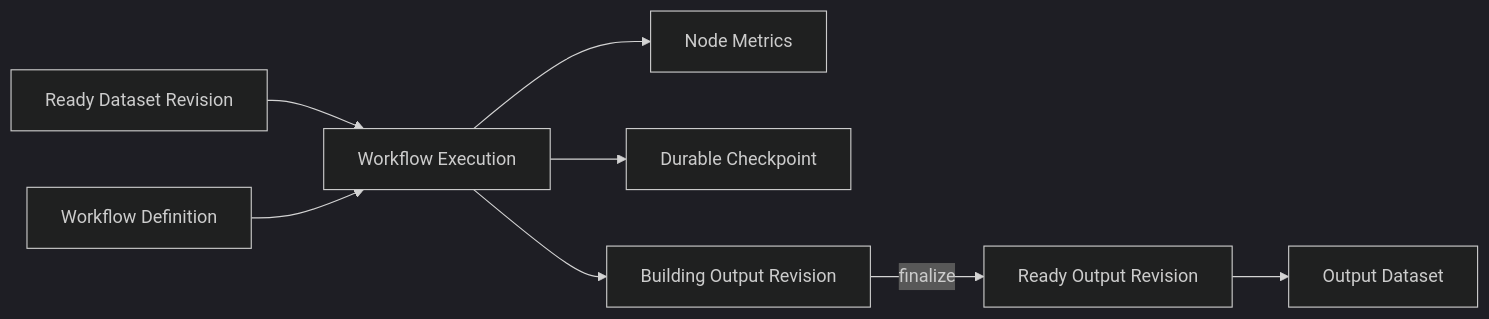
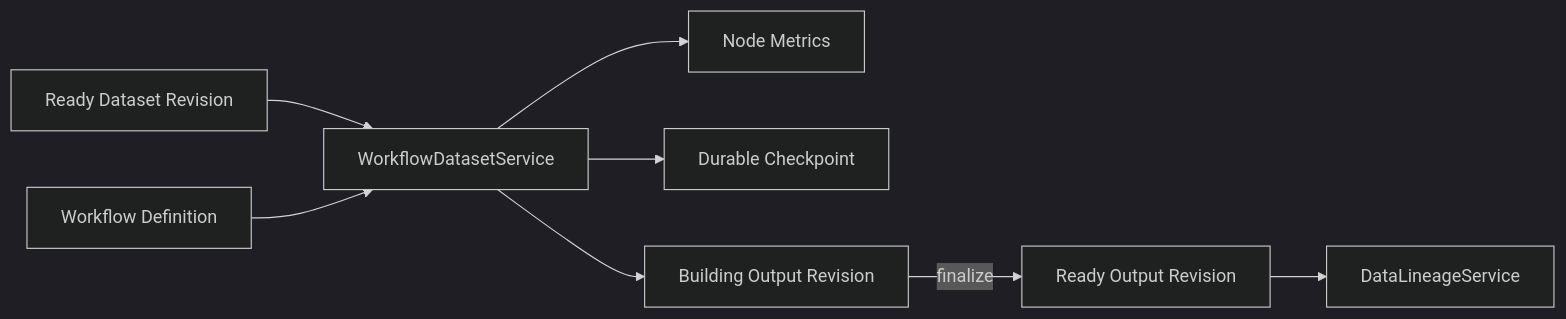
One commit to Arenyxa/Arenyxa changed the second of 2 diagrams in docs/ARCHITECTURE.md. Above: the diagram before and after it, drawn with Mermaid (dark theme). The commit also changed other lines of this file and 377 other files, not shown here.

````diff
--- a/docs/ARCHITECTURE.md
+++ b/docs/ARCHITECTURE.md
@@ -241,10 +243,10 @@
 ```mermaid
 flowchart LR
-  SRC[Ready Dataset Revision] --> EXEC[Workflow Execution]
+  SRC[Ready Dataset Revision] --> EXEC[WorkflowDatasetService]
   WF[Workflow Definition] --> EXEC
   EXEC --> NODE[Node Metrics]
-  EXEC --> CHECK[Durable Checkpoint]
-  EXEC --> OUT[Building Output Revision]
-  OUT -->|finalize| READY[Ready Output Revision]
-  READY --> DATASET[Output Dataset]
+  EXEC --> CKPT[Durable Checkpoint]
+  EXEC --> BUILD[Building Output Revision]
+  BUILD -->|finalize| READY[Ready Output Revision]
+  READY --> LINEAGE[DataLineageService]
 ```
````
